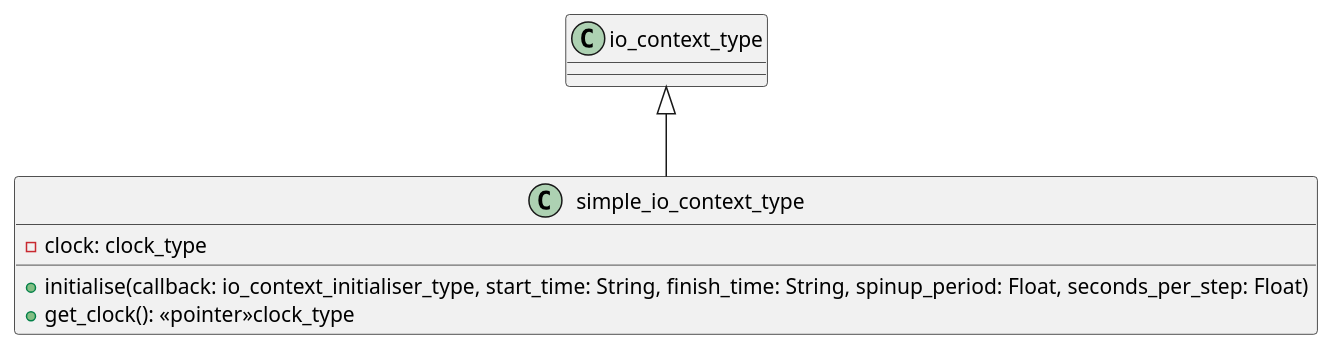
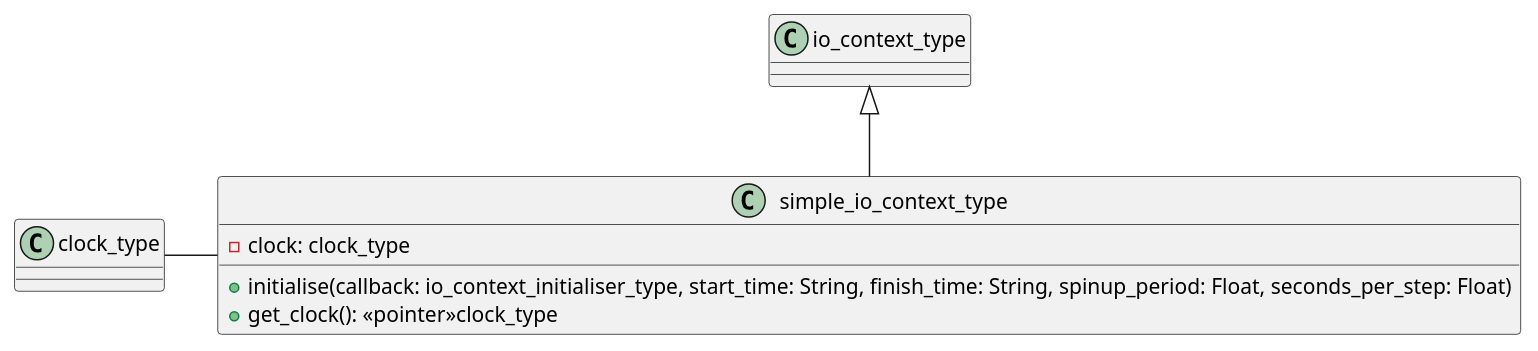
The diagram in infrastructure/documentation/uml/io/simple_io_context_mod.iuml (andrewcoughtrie/lfric_core), drawn with PlantUML before and after one commit. The commit also changed 48 other files, not shown here.

```diff
--- a/infrastructure/documentation/uml/io/simple_io_context_mod.iuml
+++ b/infrastructure/documentation/uml/io/simple_io_context_mod.iuml
@@ -1,7 +1,8 @@
 class simple_io_context_type {
   -clock: clock_type
 
   +initialise(callback: io_context_initialiser_type, start_time: String, finish_time: String, spinup_period: Float, seconds_per_step: Float)
   +get_clock(): <<pointer>>clock_type
 }
 io_context_type ^-- simple_io_context_type
+simple_io_context_type -left- clock_type
```
